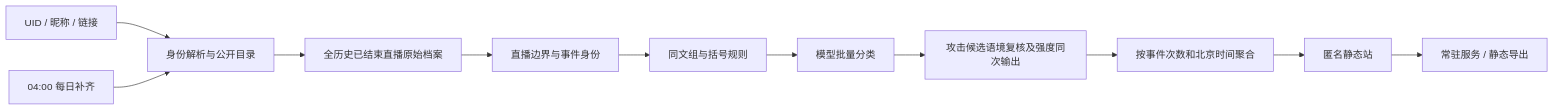
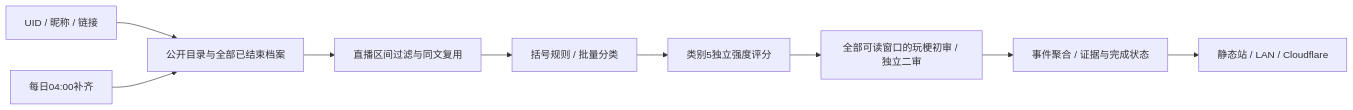
One commit to TaurusGGBOY/your-live-eye changed the diagram in docs/architecture.md. Above: the diagram before and after it, drawn with Mermaid. The commit also changed other lines of this file and 41 other files, not shown here.

````diff
--- a/docs/architecture.md
+++ b/docs/architecture.md
@@ -3,13 +3,11 @@
 ```mermaid
 flowchart LR
-  A[UID / 昵称 / 链接] --> B[身份解析与公开目录]
-  B --> C[全历史已结束直播原始档案]
-  C --> D[直播边界与事件身份]
-  D --> E[同文组与括号规则]
-  E --> F[模型批量分类]
-  F --> G[攻击候选语境复核及强度同次输出]
-  G --> H[按事件次数和北京时间聚合]
-  H --> I[匿名静态站]
-  I --> J[常驻服务 / 静态导出]
-  K[04:00 每日补齐] --> B
+  A[UID / 昵称 / 链接] --> B[公开目录与全部已结束档案]
+  B --> C[直播区间过滤与同文复用]
+  C --> D[括号规则 / 批量分类]
+  D --> E[类别5独立强度评分]
+  E --> F[全部可读窗口的玩梗初审 / 独立二审]
+  F --> G[事件聚合 / 证据与完成状态]
+  G --> H[静态站 / LAN / Cloudflare]
+  I[每日04:00补齐] --> B
 ```
````
